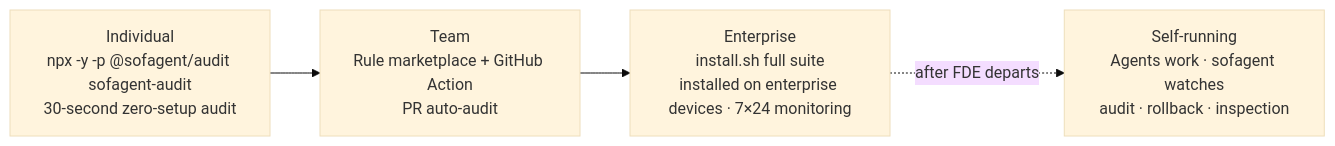
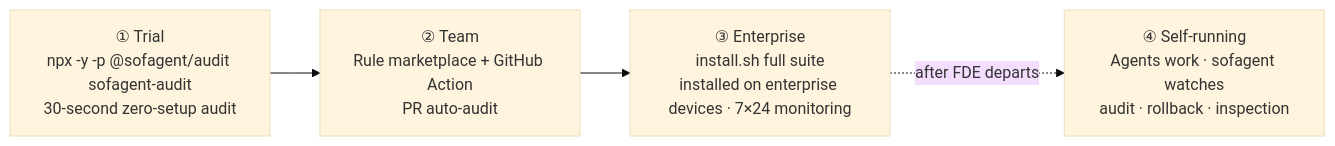
The second of 2 diagrams in README.en.md (KongFangXun/sofagent), drawn with Mermaid (base theme) before and after one commit. The commit also changed other lines of this file and 1 other file, not shown here.

First line of the commit message:
docs(readme): 叙事重构——围绕「结合 DeepSeek Harness 成为 FDE Agent」主线

````diff
--- a/README.en.md
+++ b/README.en.md
@@ -164,6 +189,6 @@
 ```mermaid
 graph LR
-    A["Individual<br/>npx -y -p @sofagent/audit sofagent-audit<br/>30-second zero-setup audit"] --> B["Team<br/>Rule marketplace + GitHub Action<br/>PR auto-audit"]
-    B --> C["Enterprise<br/>install.sh full suite<br/>installed on enterprise devices · 7×24 monitoring"]
-    C -.->|after FDE departs| D["Self-running<br/>Agents work · sofagent watches<br/>audit · rollback · inspection"]
+    A["① Trial<br/>npx -y -p @sofagent/audit sofagent-audit<br/>30-second zero-setup audit"] --> B["② Team<br/>Rule marketplace + GitHub Action<br/>PR auto-audit"]
+    B --> C["③ Enterprise<br/>install.sh full suite<br/>installed on enterprise devices · 7×24 monitoring"]
+    C -.->|after FDE departs| D["④ Self-running<br/>Agents work · sofagent watches<br/>audit · rollback · inspection"]
 ```
````
